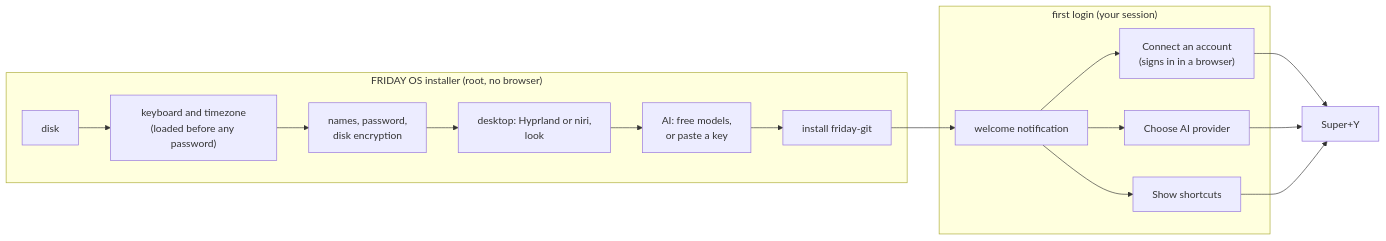
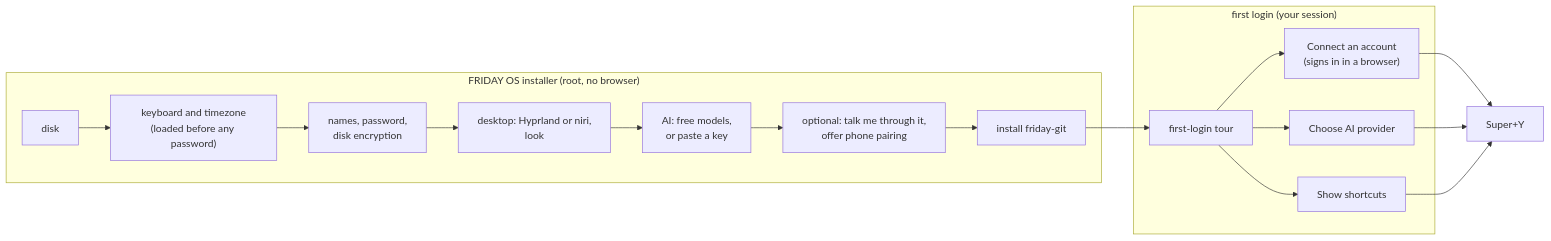
Before and after one commit to sreevarshan-xenoz/project-friday: the fifth of 5 diagrams in README.md, drawn with Mermaid. The commit also changed other lines of this file, not shown here.

Commit message:
docs: README covers voice, health, the settings apps, the tour and the new commands

````diff
--- a/README.md
+++ b/README.md
@@ -135,19 +144,20 @@
 ```mermaid
 flowchart LR
   subgraph ISO["FRIDAY OS installer (root, no browser)"]
     I1["disk"] --> I2["keyboard and timezone<br/>(loaded before any password)"]
     I2 --> I3["names, password,<br/>disk encryption"]
     I3 --> I4["desktop: Hyprland or niri,<br/>look"]
     I4 --> I5["AI: free models,<br/>or paste a key"]
-    I5 --> I6["install friday-git"]
+    I5 --> I5b["optional: talk me through it,<br/>offer phone pairing"]
+    I5b --> I6["install friday-git"]
   end
   subgraph Login["first login (your session)"]
-    W["welcome notification"] --> W1["Connect an account<br/>(signs in in a browser)"]
+    W["first-login tour"] --> W1["Connect an account<br/>(signs in in a browser)"]
     W --> W2["Choose AI provider"]
     W --> W3["Show shortcuts"]
   end
   I6 --> W
   W1 --> R["Super+Y"]
   W2 --> R
   W3 --> R
 ```
````
